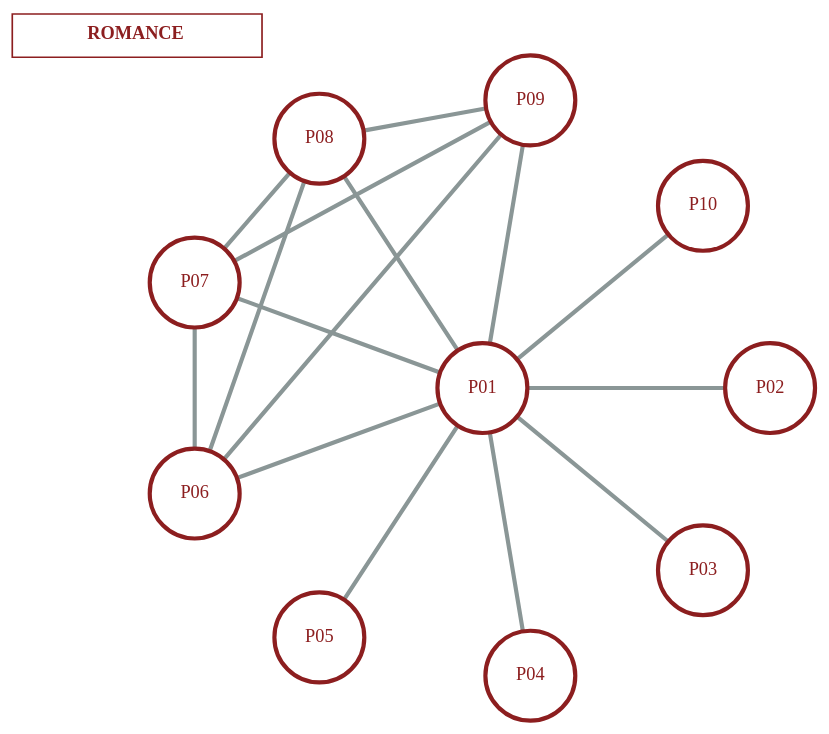
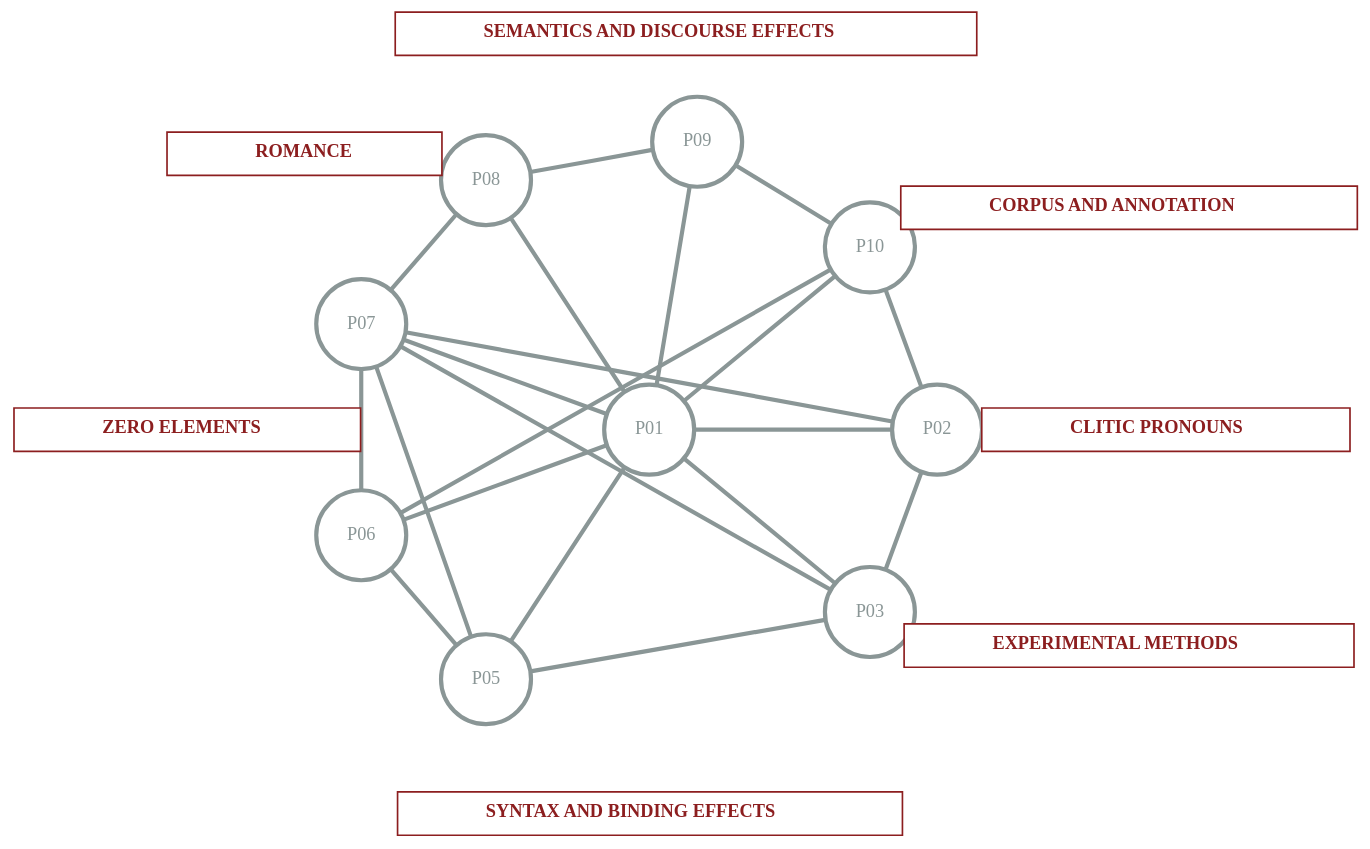
Before and after one commit to yanhiz/sfb_redefi: the diagram in clusters.qmd, drawn with Graphviz. The commit also changed other lines of this file and 31 other files, not shown here.

````diff
--- a/clusters.qmd
+++ b/clusters.qmd
@@ -30,12 +32,11 @@
     height = 0.75,
     style = filled,
     fillcolor = "white",
-    color = "#8C1E1F",
-    fontcolor = "#8C1E1F",
+    color = "#8A9696",
+    fontcolor = "#8A9696",
     penwidth = 2.5,
     fontsize = 11,
-    target = "_top",
-    class = "cluster-project"
+    target = "_top"
   ]
 
   edge [
@@ -43,157 +44,452 @@
     penwidth = 2.5
   ]
 
+
+  // --------------------------------------------------
+  // PROJECT NODES
+  // --------------------------------------------------
+
+
   p01 [
   label = "P01",
   URL = "subprojects/P01.html",
   tooltip = "Open project P01",
-  pos = "0,0!"
-  ]
+  pos = "0,0!",
+  class = "cluster-project p01-hub"
+]
+
+
+  // Experimental methods
+  // Corpus and annotation
+  // Syntax and binding effects
+  // Semantics and discourse effects
+
   p02 [
     label = "P02",
     URL = "subprojects/P02.html",
     tooltip = "Open project P02",
-    pos = "0,2.4!"
+    pos = "0,2.4!",
+    class = "cluster-project c-experimental c-corpus c-syntax c-semantics"
   ]
+
+
+  // Zero elements
+  // Syntax and binding effects
+  // Semantics and discourse effects
 
   p03 [
     label = "P03",
     URL = "subprojects/P03.html",
     tooltip = "Open project P03",
-    pos = "1.52,1.84!"
+    pos = "1.52,1.84!",
+    class = "cluster-project c-zero c-syntax c-semantics"
   ]
 
-  p04 [
-    label = "P04",
-    URL = "subprojects/P04.html",
-    tooltip = "Open project P04",
-    pos = "2.4,0.4!"
-  ]
+  // Experimental methods
+  // Syntax and binding effects
+  // Semantics and discourse effects
 
   p05 [
     label = "P05",
     URL = "subprojects/P05.html",
     tooltip = "Open project P05",
-    pos = "2.08,-1.36!"
+    pos = "2.08,-1.36!",
+    class = "cluster-project c-experimental c-syntax c-semantics"
   ]
+
+
+  // Romance
+  // Clitic pronouns
+  // Syntax and binding effects
 
   p06 [
     label = "P06",
     URL = "subprojects/P06.html",
     tooltip = "Open project P06",
-    pos = "0.88,-2.4!"
+    pos = "0.88,-2.4!",
+    class = "cluster-project c-romance c-clitic c-syntax"
   ]
+
+
+  // Romance
+  // Experimental methods
+  // Corpus and annotation
+  // Clitic pronouns
+  // Zero elements
+  // Semantics and discourse effects
 
   p07 [
     label = "P07",
     URL = "subprojects/P07.html",
     tooltip = "Open project P07",
-    pos = "-0.88,-2.4!"
+    pos = "-0.88,-2.4!",
+    class = "cluster-project c-romance c-experimental c-corpus c-clitic c-zero c-semantics"
   ]
+
+
+  // Romance
+  // Experimental methods
+  // Corpus and annotation
+  // Clitic pronouns
+  // Zero elements
+  // Semantics and discourse effects
 
   p08 [
     label = "P08",
     URL = "subprojects/P08.html",
     tooltip = "Open project P08",
-    pos = "-2.08,-1.36!"
+    pos = "-2.08,-1.36!",
+    class = "cluster-project c-romance c-experimental c-corpus c-clitic c-zero c-semantics"
   ]
+
+
+  // Romance
+  // Experimental methods
+  // Clitic pronouns
+  // Zero elements
+  // Semantics and discourse effects
 
   p09 [
     label = "P09",
     URL = "subprojects/P09.html",
     tooltip = "Open project P09",
-    pos = "-2.4,0.4!"
+    pos = "-2.4,0.4!",
+    class = "cluster-project c-romance c-experimental c-clitic c-zero c-semantics"
   ]
+
+
+  // Experimental methods
+  // Syntax and binding effects
+  // Semantics and discourse effects
 
   p10 [
     label = "P10",
     URL = "subprojects/P10.html",
     tooltip = "Open project P10",
-    pos = "-1.52,1.84!"
+    pos = "-1.52,1.84!",
+    class = "cluster-project c-experimental c-syntax c-semantics"
   ]
 
 
-  p01 -- p02
-  p01 -- p03
-  p01 -- p04
-  p01 -- p05
-  p01 -- p06
-  p01 -- p07
-  p01 -- p08
-  p01 -- p09
-  p01 -- p10
 
-// Romance cluster connections
+  // --------------------------------------------------
+  // CENTRAL P01 CONNECTIONS
+  // --------------------------------------------------
 
-p06 -- p07 [
-  class = "cluster-link",
-  URL = "clusters/romance.html",
-  tooltip = "Open the Romance cluster",
-  target = "_top"
-]
+p01 -- p02 [class = "base-edge p01-edge"]
+p01 -- p03 [class = "base-edge p01-edge"]
+p01 -- p05 [class = "base-edge p01-edge"]
+p01 -- p06 [class = "base-edge p01-edge"]
+p01 -- p07 [class = "base-edge p01-edge"]
+p01 -- p08 [class = "base-edge p01-edge"]
+p01 -- p09 [class = "base-edge p01-edge"]
+p01 -- p10 [class = "base-edge p01-edge"]
 
-p06 -- p08 [
-  class = "cluster-link",
-  URL = "clusters/romance.html",
-  tooltip = "Open the Romance cluster",
-  target = "_top"
-]
 
-p06 -- p09 [
-  class = "cluster-link",
-  URL = "clusters/romance.html",
-  tooltip = "Open the Romance cluster",
-  target = "_top"
-]
 
-p07 -- p08 [
-  class = "cluster-link",
-  URL = "clusters/romance.html",
-  tooltip = "Open the Romance cluster",
-  target = "_top"
-]
+  // --------------------------------------------------
+  // REDUCED CLUSTER CONNECTIONS
+  //
+  // Each physical edge is declared only once.
+  // If an edge belongs to several clusters, it receives
+  // several cluster classes.
+  // --------------------------------------------------
 
-p07 -- p09 [
-  class = "cluster-link",
-  URL = "clusters/romance.html",
-  tooltip = "Open the Romance cluster",
-  target = "_top"
-]
 
-p08 -- p09 [
-  class = "cluster-link",
-  URL = "clusters/romance.html",
-  tooltip = "Open the Romance cluster",
-  target = "_top"
-]
+  // P06 -- P07
+  // Romance + Clitic pronouns
 
-// External Romance label
-romance_label [
-  shape = plain,
-  fixedsize = false,
-  pos = "-2.94,-2.88!",
-  URL = "clusters/romance.html",
-  tooltip = "Open the Romance cluster",
-  target = "_top",
-  class = "cluster-link",
-  label = <
-    <TABLE
-      BORDER="0"
-      CELLBORDER="1.5"
-      CELLSPACING="0"
-      CELLPADDING="6"
-      WIDTH="75"
-      COLOR="#8C1E1F"
-      BGCOLOR="white"
+  p06 -- p07 [
+    class = "cluster-edge c-romance c-clitic"
+  ]
+
+
+  // P07 -- P08
+  // Romance + Experimental methods + Corpus and annotation
+  // + Clitic pronouns + Zero elements
+  // + Semantics and discourse effects
+
+  p07 -- p08 [
+    class = "cluster-edge c-romance c-experimental c-corpus c-clitic c-zero c-semantics"
+  ]
+
+
+  // P08 -- P09
+  // Romance + Experimental methods + Clitic pronouns
+  // + Zero elements + Semantics and discourse effects
+
+  p08 -- p09 [
+    class = "cluster-edge c-romance c-experimental c-clitic c-zero c-semantics"
+  ]
+
+
+  // Experimental methods:
+  // P02 -- P10 -- P09 -- P08 -- P07 -- P05
+
+  p02 -- p10 [
+    class = "cluster-edge c-experimental"
+  ]
+
+  p09 -- p10 [
+    class = "cluster-edge c-experimental c-semantics"
+  ]
+
+  p05 -- p07 [
+    class = "cluster-edge c-experimental c-semantics"
+  ]
+
+
+  // Corpus and annotation:
+  // P02 -- P07 -- P08
+
+  p02 -- p07 [
+    class = "cluster-edge c-corpus"
+  ]
+
+
+  // Zero elements:
+  // P03 -- P07 -- P08 -- P09
+
+  p03 -- p07 [
+    class = "cluster-edge c-zero"
+  ]
+
+
+  // Syntax and binding effects:
+  // P02 -- P03 -- P05 -- P06 -- P10
+
+  p02 -- p03 [
+    class = "cluster-edge c-syntax c-semantics"
+  ]
+
+  p03 -- p05 [
+    class = "cluster-edge c-syntax c-semantics"
+  ]
+
+  p05 -- p06 [
+    class = "cluster-edge c-syntax"
+  ]
+
+  p06 -- p10 [
+    class = "cluster-edge c-syntax"
+  ]
+
+
+  // Semantics and discourse effects:
+  // P02 -- P03 -- P05 -- P07 -- P08 -- P09 -- P10
+  //
+  // Most of these edges already exist above and carry
+  // the c-semantics class.
+
+
+
+  // --------------------------------------------------
+  // CLUSTER LABELS
+  // --------------------------------------------------
+
+
+  // Romance label
+
+  romance_label [
+    shape = plain,
+    fixedsize = false,
+    pos = "-2.3,-2.88!",
+    URL = "clusters/romance.html",
+    tooltip = "Open the Romance cluster",
+    target = "_top",
+    class = "cluster-label c-romance",
+    label = <
+      <TABLE
+        BORDER="0"
+        CELLBORDER="1.5"
+        CELLSPACING="0"
+        CELLPADDING="6"
+        WIDTH="75"
+        COLOR="#8C1E1F"
+        BGCOLOR="white"
+      >
+        <TR>
+          <TD>
+            <FONT COLOR="#8C1E1F"><B>ROMANCE</B></FONT>
+          </TD>
+        </TR>
+      </TABLE>
     >
-      <TR>
-        <TD>
-          <FONT COLOR="#8C1E1F"><B>ROMANCE</B></FONT>
-        </TD>
-      </TR>
-    </TABLE>
-  >
-]
+  ]
+
+
+  // Experimental methods label
+
+  experimental_methods_label [
+    shape = plain,
+    fixedsize = false,
+    pos = "1.8,4.0!",
+    URL = "clusters/experimental-methods.html",
+    tooltip = "Open the Experimental methods cluster",
+    target = "_top",
+    class = "cluster-label c-experimental",
+    label = <
+      <TABLE
+        BORDER="0"
+        CELLBORDER="1.5"
+        CELLSPACING="0"
+        CELLPADDING="6"
+        COLOR="#8C1E1F"
+        BGCOLOR="white"
+      >
+        <TR>
+          <TD>
+            <FONT COLOR="#8C1E1F"><B>EXPERIMENTAL METHODS</B></FONT>
+          </TD>
+        </TR>
+      </TABLE>
+    >
+  ]
+
+
+  // Clitic pronouns label
+
+  clitic_pronouns_label [
+    shape = plain,
+    fixedsize = false,
+    pos = "0,4.3!",
+    URL = "clusters/clitic-pronouns.html",
+    tooltip = "Open the Clitic pronouns cluster",
+    target = "_top",
+    class = "cluster-label c-clitic",
+    label = <
+      <TABLE
+        BORDER="0"
+        CELLBORDER="1.5"
+        CELLSPACING="0"
+        CELLPADDING="6"
+        COLOR="#8C1E1F"
+        BGCOLOR="white"
+      >
+        <TR>
+          <TD>
+            <FONT COLOR="#8C1E1F"><B>CLITIC PRONOUNS</B></FONT>
+          </TD>
+        </TR>
+      </TABLE>
+    >
+  ]
+
+
+  // Zero elements label
+
+  zero_elements_label [
+    shape = plain,
+    fixedsize = false,
+    pos = "0,-3.85!",
+    URL = "clusters/zero-elements.html",
+    tooltip = "Open the Zero elements cluster",
+    target = "_top",
+    class = "cluster-label c-zero",
+    label = <
+      <TABLE
+        BORDER="0"
+        CELLBORDER="1.5"
+        CELLSPACING="0"
+        CELLPADDING="6"
+        COLOR="#8C1E1F"
+        BGCOLOR="white"
+      >
+        <TR>
+          <TD>
+            <FONT COLOR="#8C1E1F"><B>ZERO ELEMENTS</B></FONT>
+          </TD>
+        </TR>
+      </TABLE>
+    >
+  ]
+
+
+  // Semantics and discourse effects label
+
+  semantics_discourse_label [
+    shape = plain,
+    fixedsize = false,
+    pos = "-3.3,0.3!",
+    URL = "clusters/semantics-and-discourse-effects.html",
+    tooltip = "Open the Semantics and discourse effects cluster",
+    target = "_top",
+    class = "cluster-label c-semantics",
+    label = <
+      <TABLE
+        BORDER="0"
+        CELLBORDER="1.5"
+        CELLSPACING="0"
+        CELLPADDING="6"
+        COLOR="#8C1E1F"
+        BGCOLOR="white"
+      >
+        <TR>
+          <TD>
+            <FONT COLOR="#8C1E1F"><B>SEMANTICS AND DISCOURSE EFFECTS</B></FONT>
+          </TD>
+        </TR>
+      </TABLE>
+    >
+  ]
+
+
+  // Corpus and annotation label
+
+  corpus_annotation_label [
+    shape = plain,
+    fixedsize = false,
+    pos = "-1.85,4.0!",
+    URL = "clusters/corpus-and-annotation.html",
+    tooltip = "Open the Corpus and annotation cluster",
+    target = "_top",
+    class = "cluster-label c-corpus",
+    label = <
+      <TABLE
+        BORDER="0"
+        CELLBORDER="1.5"
+        CELLSPACING="0"
+        CELLPADDING="6"
+        COLOR="#8C1E1F"
+        BGCOLOR="white"
+      >
+        <TR>
+          <TD>
+            <FONT COLOR="#8C1E1F"><B>CORPUS AND ANNOTATION</B></FONT>
+          </TD>
+        </TR>
+      </TABLE>
+    >
+  ]
+
+
+  // Syntax and binding effects label
+
+  syntax_binding_label [
+    shape = plain,
+    fixedsize = false,
+    pos = "3.20,0!",
+    URL = "clusters/syntax-and-binding-effects.html",
+    tooltip = "Open the Syntax and binding effects cluster",
+    target = "_top",
+    class = "cluster-label c-syntax",
+    label = <
+      <TABLE
+        BORDER="0"
+        CELLBORDER="1.5"
+        CELLSPACING="0"
+        CELLPADDING="6"
+        COLOR="#8C1E1F"
+        BGCOLOR="white"
+      >
+        <TR>
+          <TD>
+            <FONT COLOR="#8C1E1F"><B>SYNTAX AND BINDING EFFECTS</B></FONT>
+          </TD>
+        </TR>
+      </TABLE>
+    >
+  ]
 
 }
 ```
````
